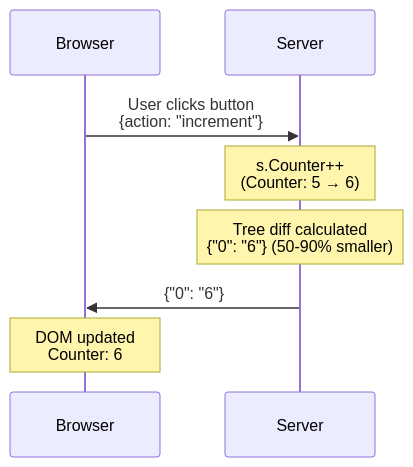
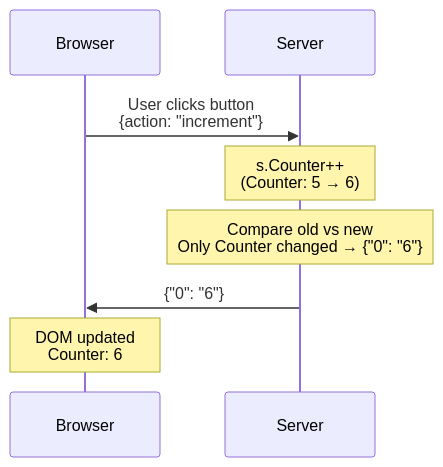
The diagram in README.md (livetemplate/livetemplate), drawn with Mermaid before and after one commit. The commit also changed other lines of this file, not shown here.

First line of the commit message:
Replace tree-based jargon with plain static/dynamic explanations

````diff
--- a/README.md
+++ b/README.md
@@ -21,11 +21,11 @@
 ```mermaid
 sequenceDiagram
     participant Browser
     participant Server
 
     Browser->>Server: User clicks button<br/>{action: "increment"}
     Note over Server: s.Counter++<br/>(Counter: 5 → 6)
-    Note over Server: Tree diff calculated<br/>{"0": "6"} (50-90% smaller)
+    Note over Server: Compare old vs new<br/>Only Counter changed → {"0": "6"}
     Server->>Browser: {"0": "6"}
     Note over Browser: DOM updated<br/>Counter: 6
 ```
````
